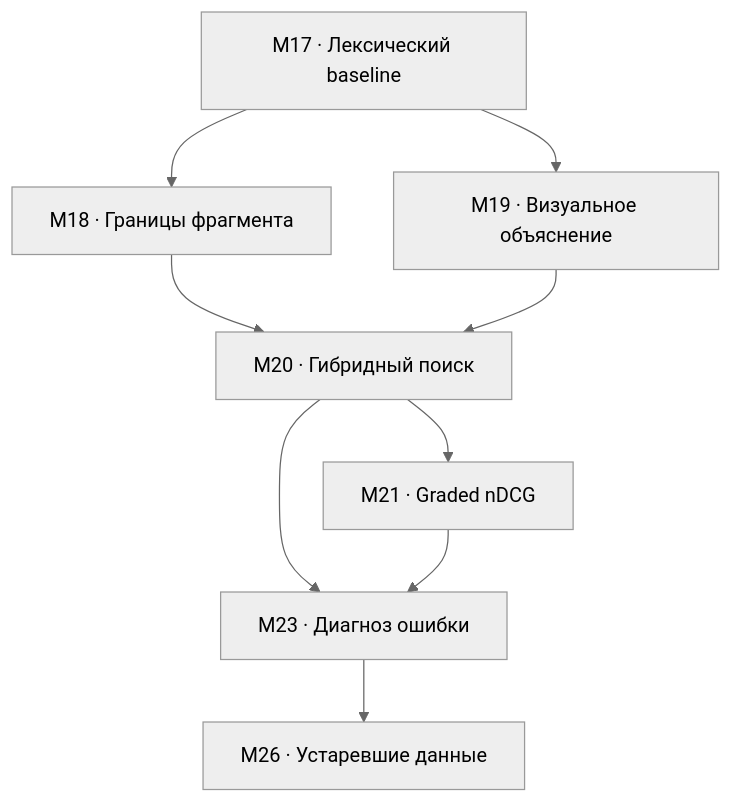
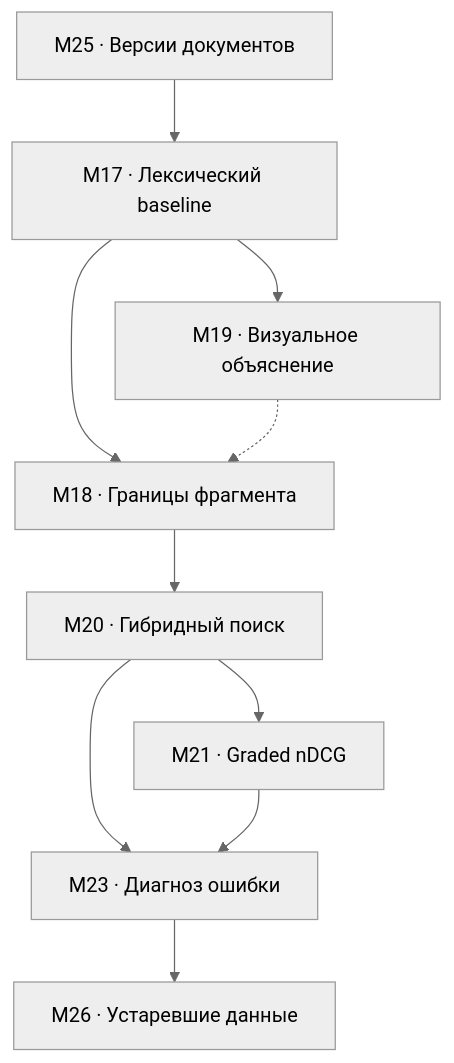
One commit to 620474/applied-ai-reading changed the diagram in retrieval.md. Above: the diagram before and after it, drawn with Mermaid (neutral theme). The commit also changed other lines of this file and 6 other files, not shown here.

````diff
--- a/retrieval.md
+++ b/retrieval.md
@@ -5,11 +5,11 @@
 ```mermaid
 flowchart TD
-A["M17 · Лексический baseline"] --> B["M18 · Границы фрагмента"]
+X["M25 · Версии документов"] --> A["M17 · Лексический baseline"] --> B["M18 · Границы фрагмента"]
 A --> C["M19 · Визуальное объяснение"]
 B --> D["M20 · Гибридный поиск"]
-C --> D
+C -.-> B
 D --> E["M21 · Graded nDCG"]
 D --> F["M23 · Диагноз ошибки"]
 E --> F
 F --> G["M26 · Устаревшие данные"]
 ```
````
